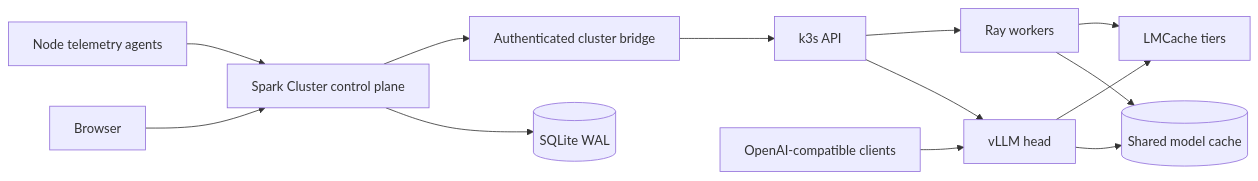
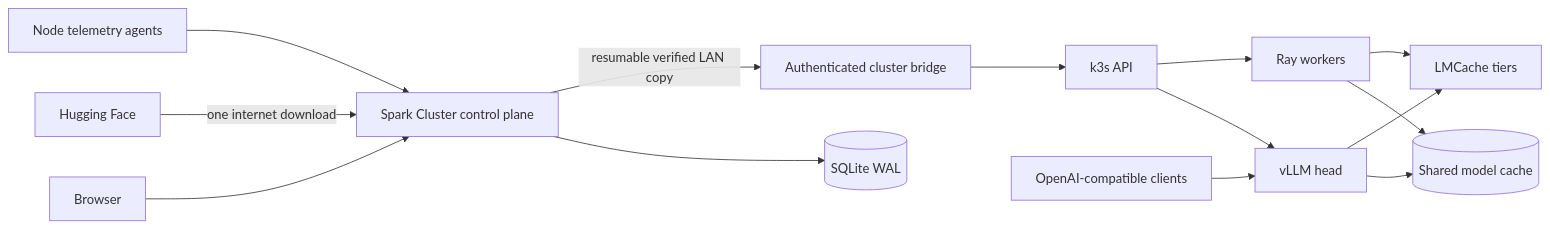
One commit to thibautrey/spark-cluster changed the diagram in README.md. Above: the diagram before and after it, drawn with Mermaid. The commit also changed other lines of this file and 15 other files, not shown here.

````diff
--- a/README.md
+++ b/README.md
@@ -52,13 +53,14 @@
 ```mermaid
 flowchart LR
     Operator[Browser] --> Control[Spark Cluster control plane]
     Control --> DB[(SQLite WAL)]
-    Control --> Bridge[Authenticated cluster bridge]
+    Hub[Hugging Face] -->|one internet download| Control
+    Control -->|resumable verified LAN copy| Bridge[Authenticated cluster bridge]
     Bridge --> K8s[k3s API]
     K8s --> Head[vLLM head]
     K8s --> Workers[Ray workers]
     Head & Workers --> Models[(Shared model cache)]
     Head & Workers --> KV[LMCache tiers]
     Agent[Node telemetry agents] --> Control
     Client[OpenAI-compatible clients] --> Head
 ```
````
